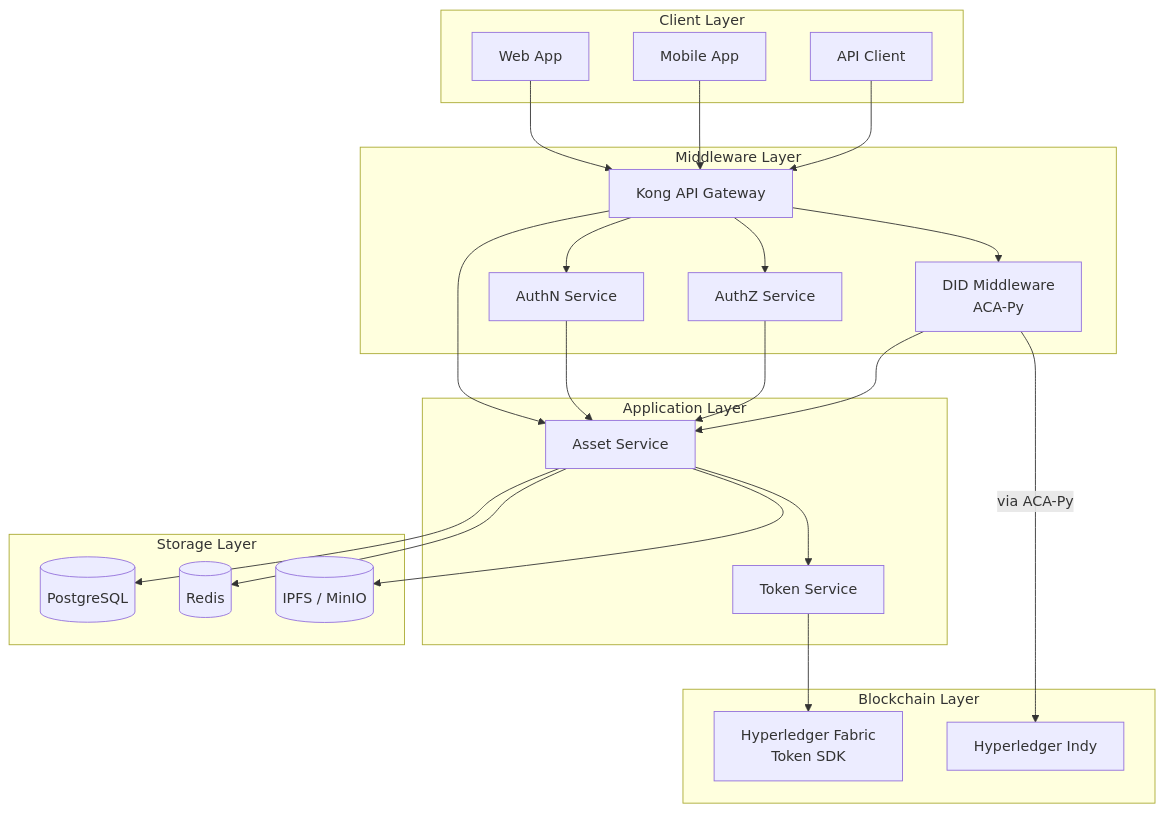
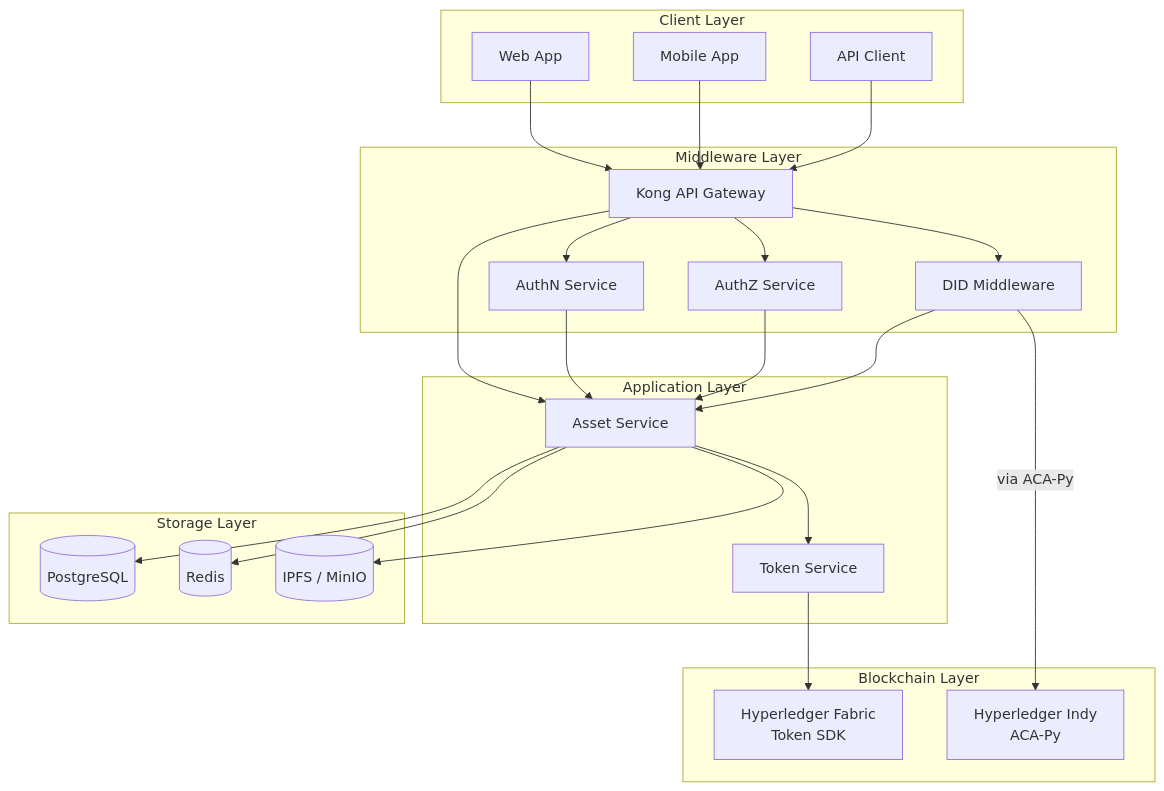
One commit to metafi-blockchain/metafi-digital-assets-service changed the first of 3 diagrams in docs/architecture-design.en.md. Above: the diagram before and after it, drawn with Mermaid.

````diff
--- a/docs/architecture-design.en.md
+++ b/docs/architecture-design.en.md
@@ -19,52 +19,52 @@
 ```mermaid
 graph TD
     subgraph "Client Layer"
         Web[Web App]
         Mobile[Mobile App]
         API[API Client]
     end
 
     subgraph "Middleware Layer"
         Gateway[Kong API Gateway]
         AuthN[AuthN Service]
         AuthZ[AuthZ Service]
-        DID["DID Middleware<br/>ACA-Py"]
+        DID["DID Middleware"]
     end
 
     subgraph "Application Layer"
         Asset[Asset Service]
         Token[Token Service]
     end
 
     subgraph "Blockchain Layer"
         Fabric["Hyperledger Fabric<br/>Token SDK"]
-        Indy["Hyperledger Indy"]
+        Indy["Hyperledger Indy<br/>ACA-Py"]
     end
 
     subgraph "Storage Layer"
         DB[(PostgreSQL)]
         Cache[(Redis)]
         Storage[(IPFS / MinIO)]
     end
 
     Web --> Gateway
     Mobile --> Gateway
     API --> Gateway
 
     Gateway --> AuthN
     Gateway --> AuthZ
     Gateway --> Asset
     Gateway --> DID
 
     AuthN --> Asset
     AuthZ --> Asset
     DID --> Asset
 
     Asset --> Token
     Token --> Fabric
 
     Asset --> DB
     Asset --> Cache
     Asset --> Storage
     DID -->|via ACA-Py| Indy
 ```
````
